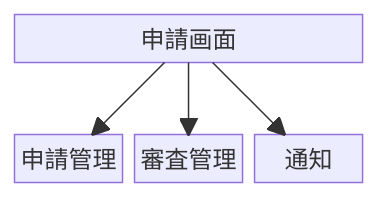
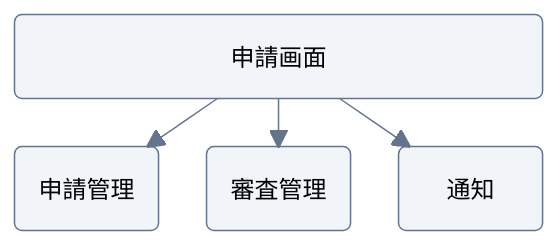
One commit to Wataru-Toriumi/agent-skills changed the diagram in plugins/sketch/skills/draw-mermaid/examples/block.md. Above: the diagram before and after it, drawn with Mermaid. The commit also changed other lines of this file and 7 other files, not shown here.

Commit message:
docs(sketch): polish Mermaid example layouts

````diff
--- a/plugins/sketch/skills/draw-mermaid/examples/block.md
+++ b/plugins/sketch/skills/draw-mermaid/examples/block.md
@@ -5,10 +5,24 @@
 ```mermaid
+---
+config:
+  theme: base
+  look: classic
+  fontFamily: sans-serif
+  themeVariables:
+    primaryColor: "#F1F5F9"
+    primaryTextColor: "#0F172A"
+    primaryBorderColor: "#64748B"
+    lineColor: "#64748B"
+    secondaryColor: "#F8FAFC"
+    tertiaryColor: "#FFFFFF"
+  block:
+    padding: 32
+---
 block
     columns 3
-    ui["申請画面"]:3
-    space:3
-    application["申請管理"] review["審査管理"] notification["通知"]
+    ui("申請画面"):3
+    application("申請管理") review("審査管理") notification("通知")
     ui --> application
     ui --> review
     ui --> notification
 ```
````
